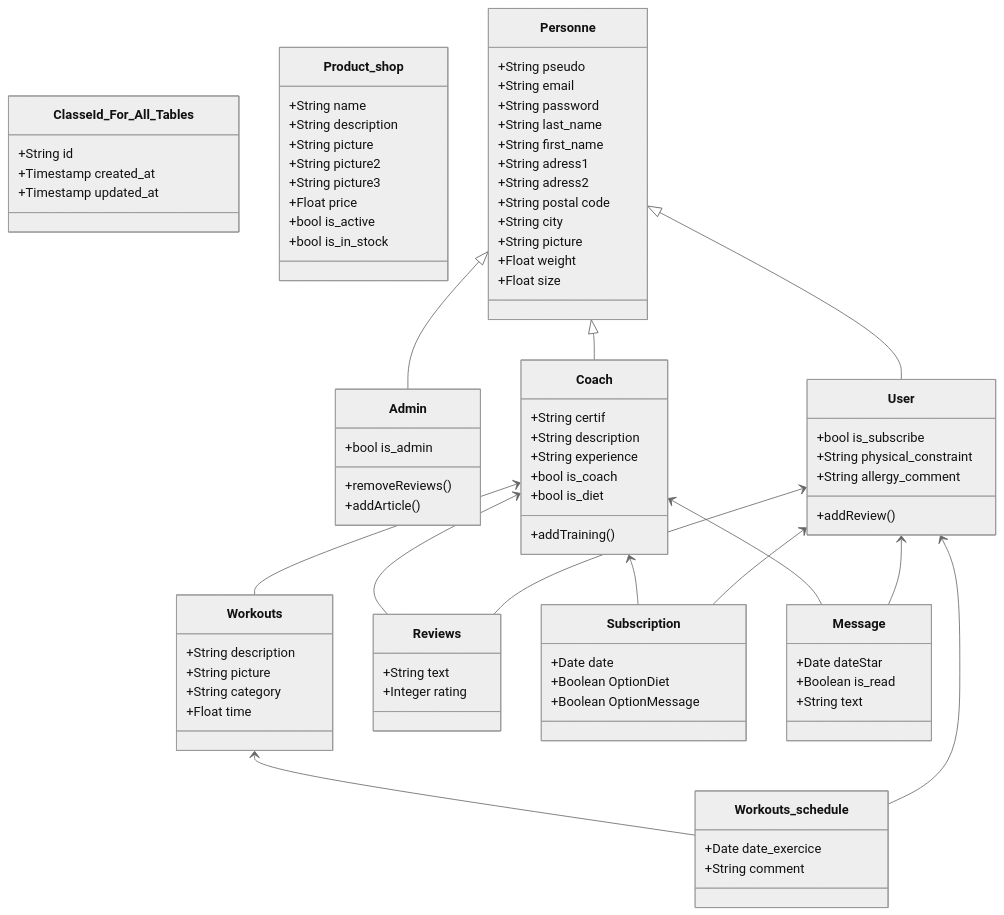
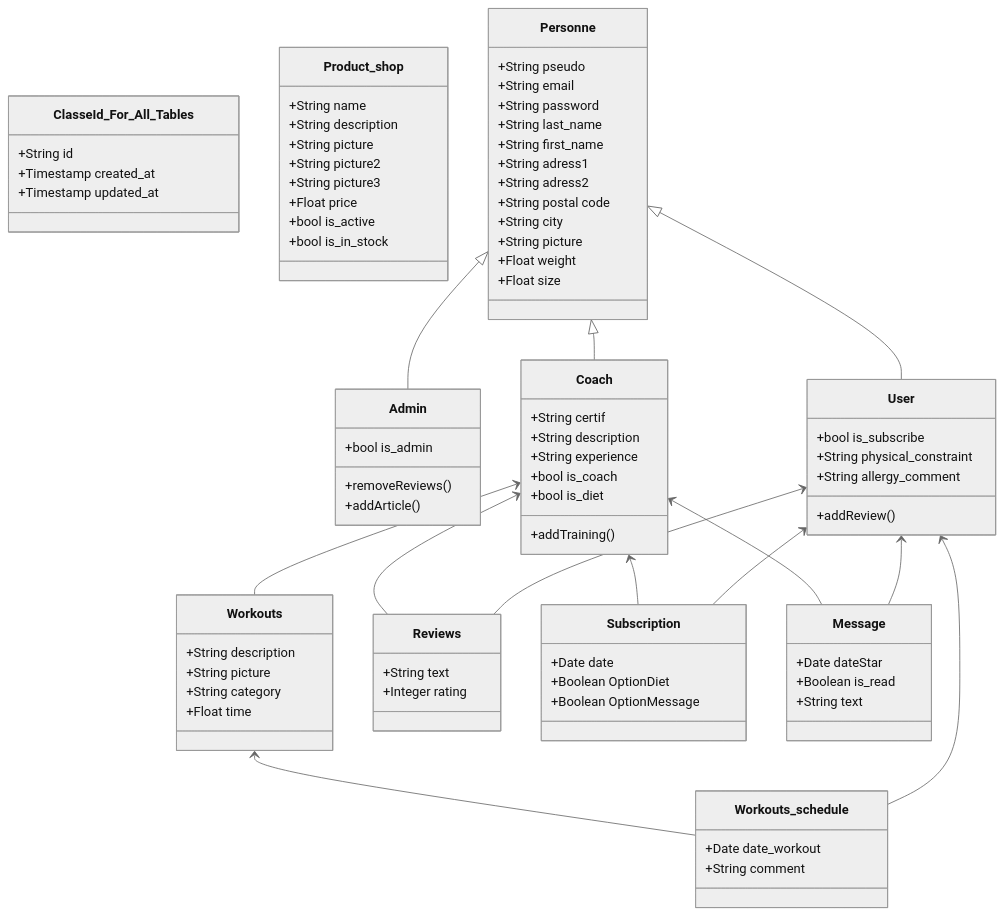
The diagram in Documentation/(Stage 3) Technical Documentation.md (Genia888/FitnessHub), drawn with Mermaid (neutral theme) before and after one commit.

Commit message:
Rename date_exercice to date_workout in Workouts_schedule class for clarity

```diff
--- a/Documentation/(Stage 3) Technical Documentation.md
+++ b/Documentation/(Stage 3) Technical Documentation.md
@@ -125,7 +125,7 @@
     }
 
     class Workouts_schedule {
-      +Date date_exercice
+      +Date date_workout
       +String comment
     }
 
```
